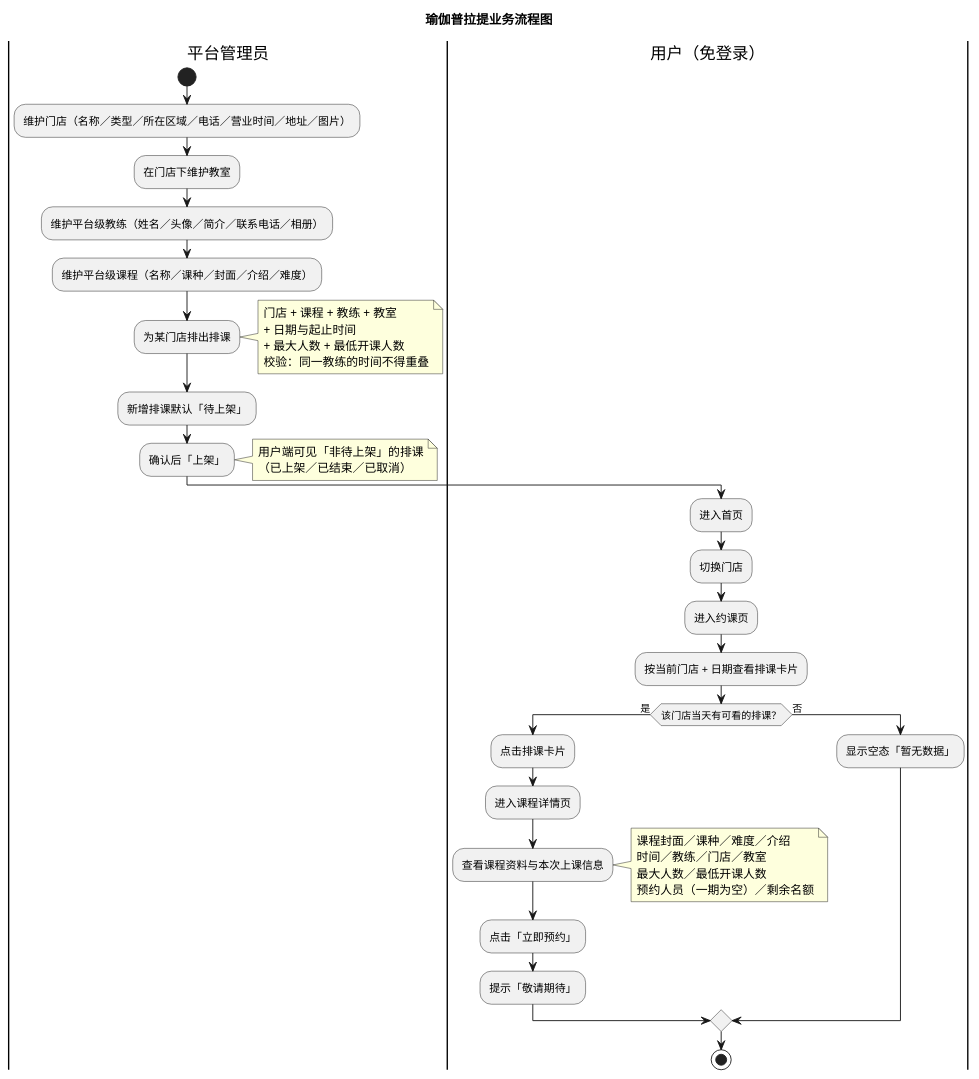
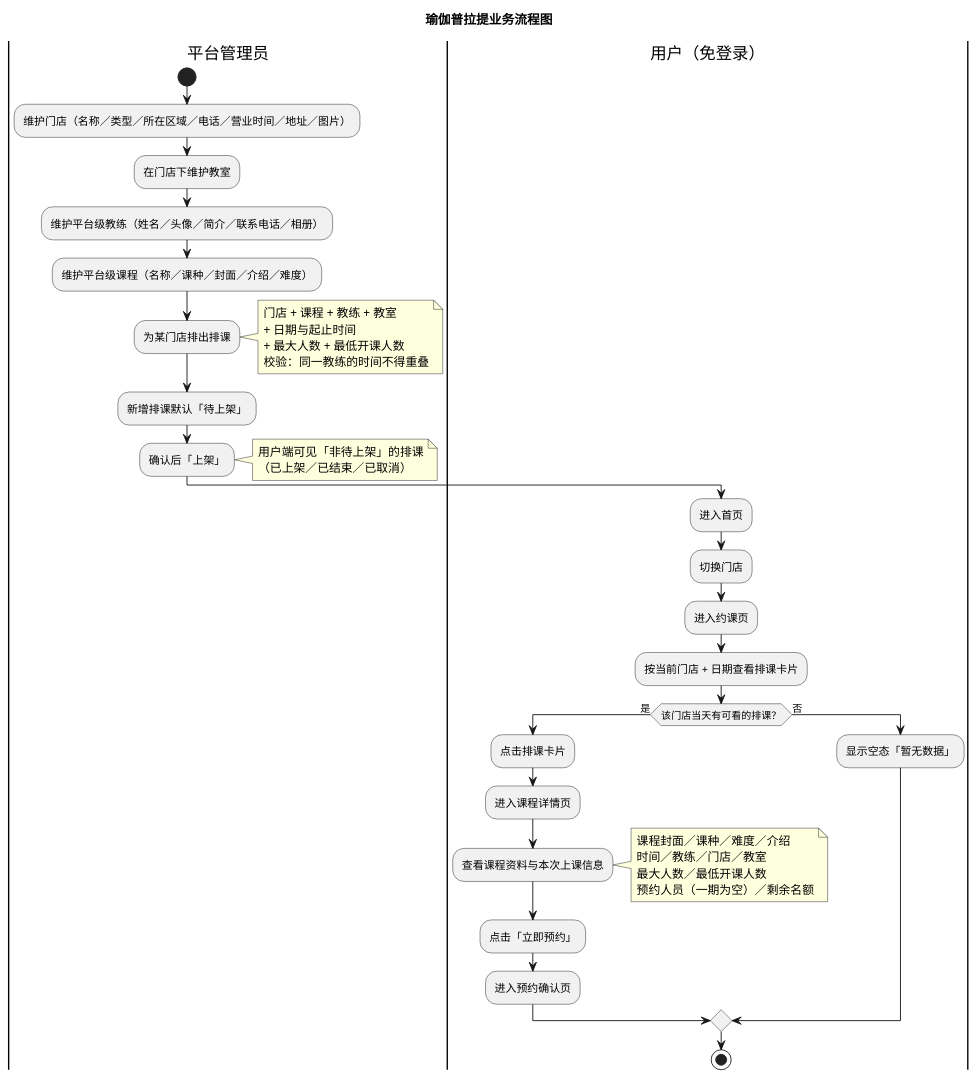
One commit to duo2530/techplant-yoga changed the diagram in docs/需求文档/MVP业务流程图.md. Above: the diagram before and after it, drawn with PlantUML. The commit also changed 14 other files, not shown here.

````diff
--- a/docs/需求文档/MVP业务流程图.md
+++ b/docs/需求文档/MVP业务流程图.md
@@ -6,47 +6,47 @@
 ```plantuml
 @startuml
 title 瑜伽普拉提业务流程图
 
 |平台管理员|
 start
 :维护门店（名称／类型／所在区域／电话／营业时间／地址／图片）;
 :在门店下维护教室;
 :维护平台级教练（姓名／头像／简介／联系电话／相册）;
 :维护平台级课程（名称／课种／封面／介绍／难度）;
 :为某门店排出排课;
 note right
   门店 + 课程 + 教练 + 教室
   + 日期与起止时间
   + 最大人数 + 最低开课人数
   校验：同一教练的时间不得重叠
 end note
 :新增排课默认「待上架」;
 :确认后「上架」;
 note right
   用户端可见「非待上架」的排课
   （已上架／已结束／已取消）
 end note
 
 |用户（免登录）|
 :进入首页;
 :切换门店;
 :进入约课页;
 :按当前门店 + 日期查看排课卡片;
 if (该门店当天有可看的排课？) then (是)
   :点击排课卡片;
   :进入课程详情页;
   :查看课程资料与本次上课信息;
   note right
     课程封面／课种／难度／介绍
     时间／教练／门店／教室
     最大人数／最低开课人数
     预约人员（一期为空）／剩余名额
   end note
   :点击「立即预约」;
-  :提示「敬请期待」;
+  :进入预约确认页;
 else (否)
   :显示空态「暂无数据」;
 endif
 stop
 @enduml
 ```
````
